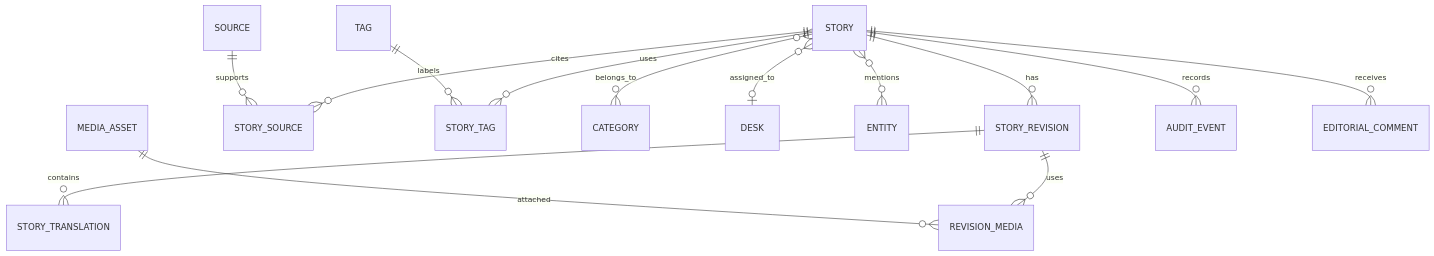
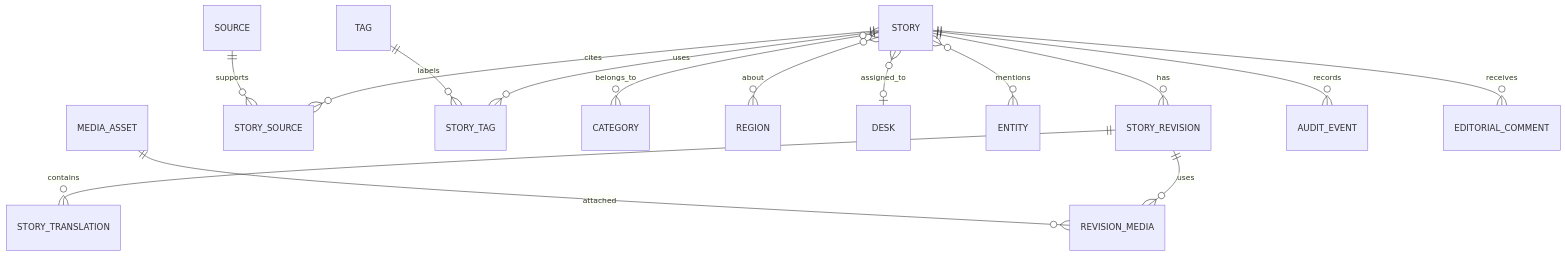
Before and after one commit to Cipher-Text/fact-lens: the diagram in docs/05-domain-model.md, drawn with Mermaid. The commit also changed other lines of this file and 63 other files, not shown here.

````diff
--- a/docs/05-domain-model.md
+++ b/docs/05-domain-model.md
@@ -7,16 +7,17 @@
 ```mermaid
 erDiagram
   STORY ||--o{ STORY_REVISION : has
   STORY_REVISION ||--o{ STORY_TRANSLATION : contains
   STORY ||--o{ STORY_SOURCE : cites
   SOURCE ||--o{ STORY_SOURCE : supports
   STORY ||--o{ STORY_TAG : uses
   TAG ||--o{ STORY_TAG : labels
   STORY }o--o{ CATEGORY : belongs_to
+  STORY }o--o{ REGION : about
   STORY }o--o| DESK : assigned_to
   STORY }o--o{ ENTITY : mentions
   STORY_REVISION ||--o{ REVISION_MEDIA : uses
   MEDIA_ASSET ||--o{ REVISION_MEDIA : attached
   STORY ||--o{ AUDIT_EVENT : records
   STORY ||--o{ EDITORIAL_COMMENT : receives
 ```
````
